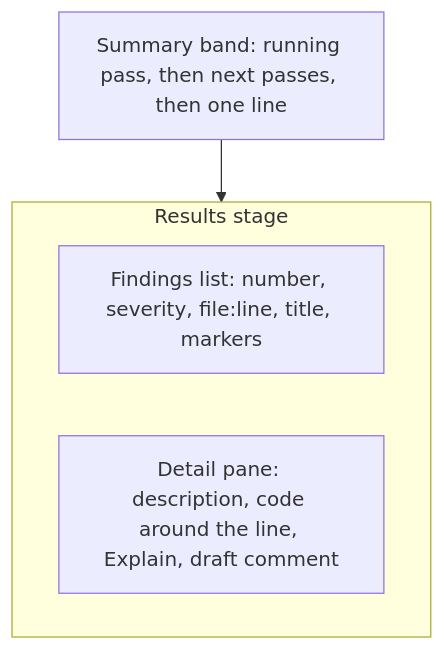
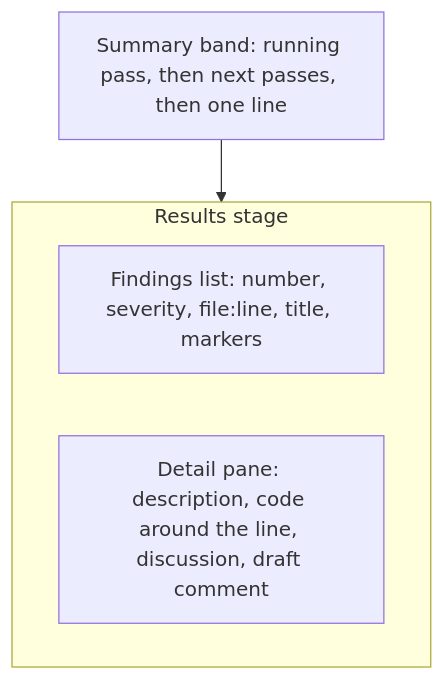
Before and after one commit to rbreunung/ticket-sidekick: the first of 4 diagrams in docs/plans/2026-11-25-0902-feat-review-board-layout-redesign-plan.md, drawn with Mermaid. The commit also changed other lines of this file, not shown here.

````diff
--- a/docs/plans/2026-11-25-0902-feat-review-board-layout-redesign-plan.md
+++ b/docs/plans/2026-11-25-0902-feat-review-board-layout-redesign-plan.md
@@ -131,10 +140,10 @@
 ```mermaid
 flowchart TB
   band["Summary band: running pass, then next passes, then one line"]
   band --> cols
   subgraph cols [Results stage]
     direction LR
     list["Findings list: number, severity, file:line, title, markers"]
-    detail["Detail pane: description, code around the line, Explain, draft comment"]
+    detail["Detail pane: description, code around the line, discussion, draft comment"]
   end
 ```
````
